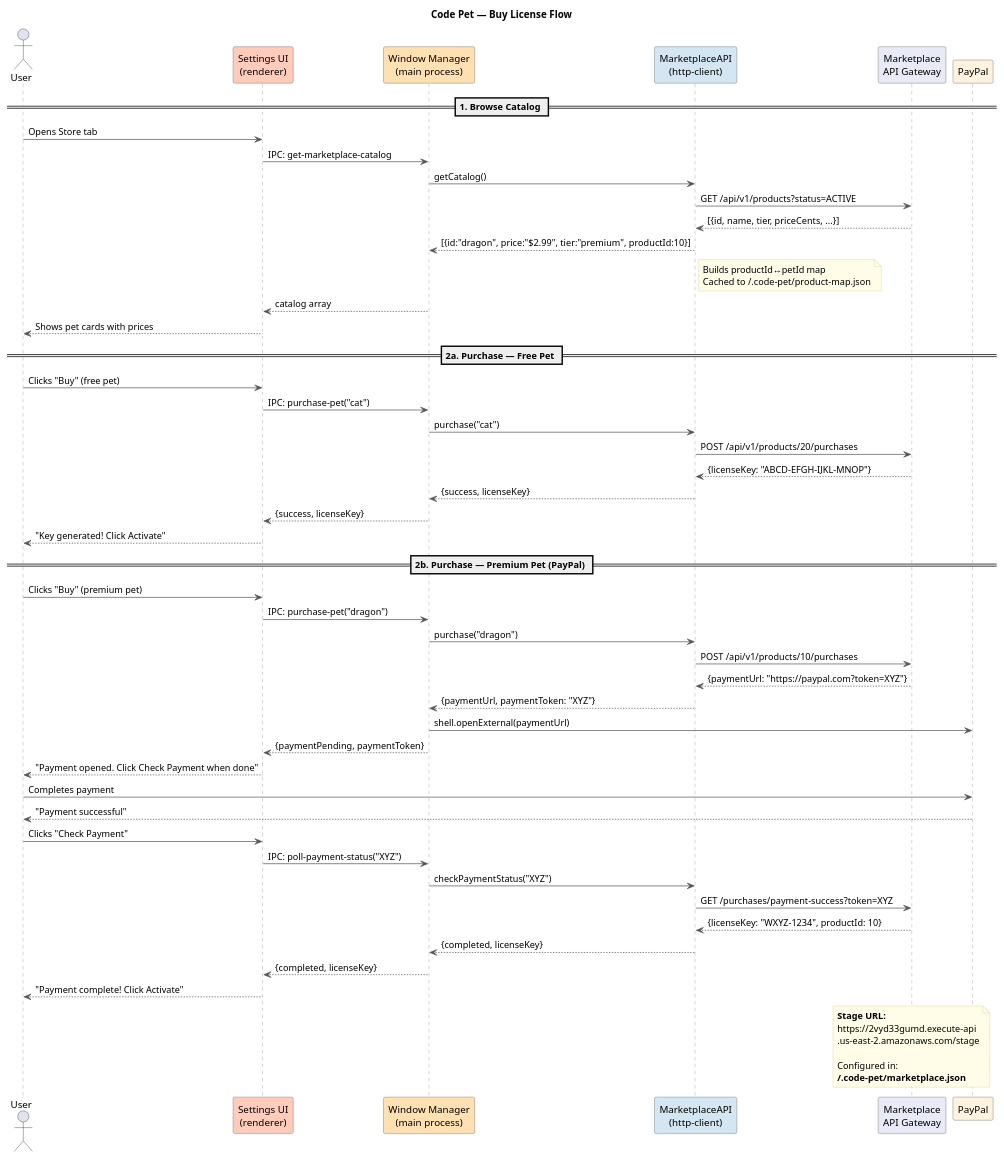
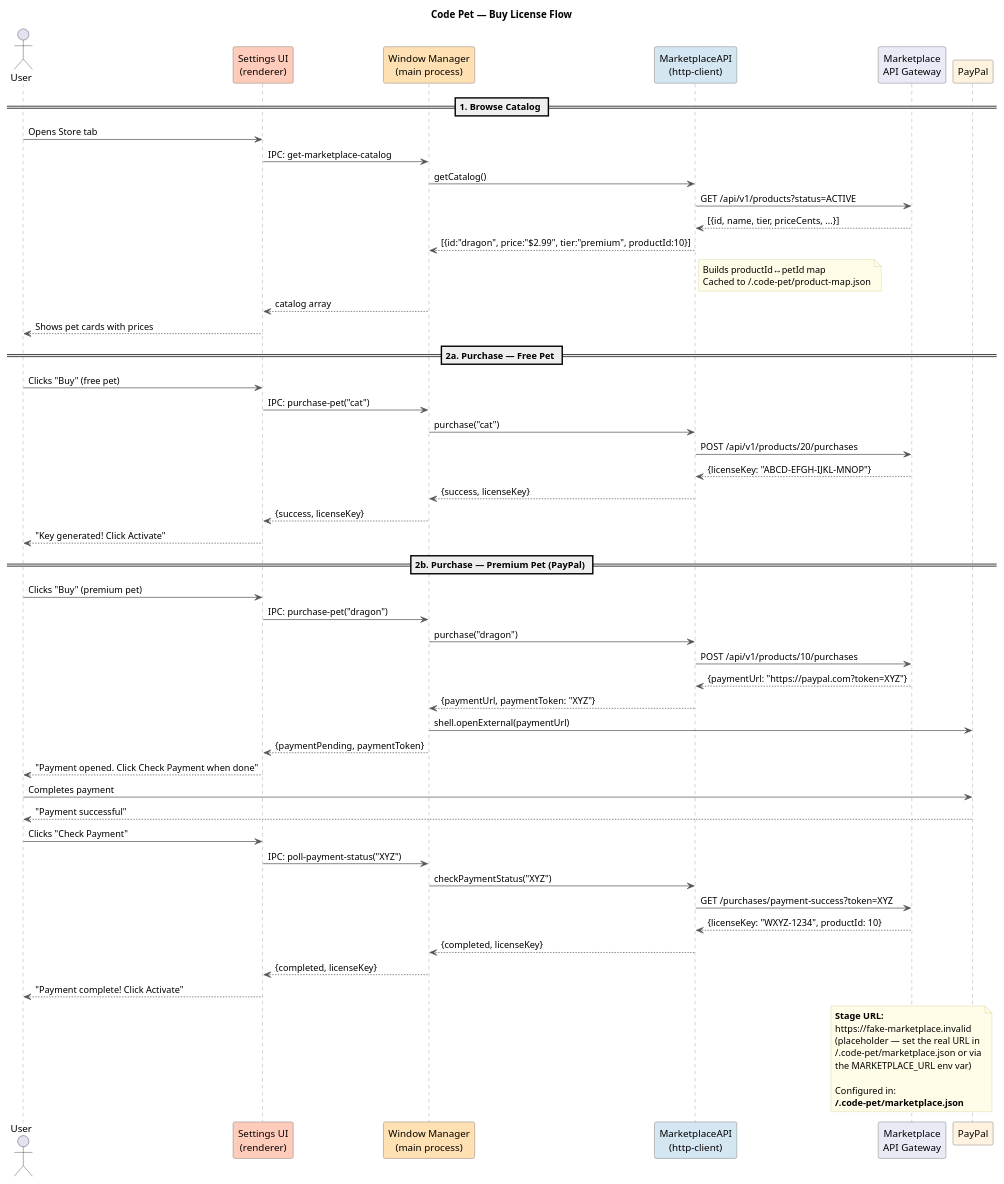
Before and after one commit to mradovic95/code-pet: the diagram in docs/buy-license-flow.puml, drawn with PlantUML. The commit also changed 5 other files, not shown here.

```diff
--- a/docs/buy-license-flow.puml
+++ b/docs/buy-license-flow.puml
@@ -1,78 +1,80 @@
 @startuml buy-license-flow
 title Code Pet — Buy License Flow
 
 skinparam sequence {
   ArrowColor #555555
   LifeLineBorderColor #888888
   ParticipantBackgroundColor #FAFAFA
   ParticipantBorderColor #555555
 }
 skinparam note {
   BackgroundColor #FFFDE7
   BorderColor #CCCC88
 }
 
 actor User as user
 participant "Settings UI\n(renderer)" as ui #FFCCBC
 participant "Window Manager\n(main process)" as wm #FFE0B2
 participant "MarketplaceAPI\n(http-client)" as api #D4E6F1
 participant "Marketplace\nAPI Gateway" as gw #E8EAF6
 participant PayPal as paypal #FFF3E0
 
 == 1. Browse Catalog ==
 
 user -> ui : Opens Store tab
 ui -> wm : IPC: get-marketplace-catalog
 wm -> api : getCatalog()
 api -> gw : GET /api/v1/products?status=ACTIVE
 gw --> api : [{id, name, tier, priceCents, ...}]
 api --> wm : [{id:"dragon", price:"$2.99", tier:"premium", productId:10}]
 note right of api : Builds productId↔petId map\nCached to ~/.code-pet/product-map.json
 wm --> ui : catalog array
 ui --> user : Shows pet cards with prices
 
 == 2a. Purchase — Free Pet ==
 
 user -> ui : Clicks "Buy" (free pet)
 ui -> wm : IPC: purchase-pet("cat")
 wm -> api : purchase("cat")
 api -> gw : POST /api/v1/products/20/purchases
 gw --> api : {licenseKey: "ABCD-EFGH-IJKL-MNOP"}
 api --> wm : {success, licenseKey}
 wm --> ui : {success, licenseKey}
 ui --> user : "Key generated! Click Activate"
 
 == 2b. Purchase — Premium Pet (PayPal) ==
 
 user -> ui : Clicks "Buy" (premium pet)
 ui -> wm : IPC: purchase-pet("dragon")
 wm -> api : purchase("dragon")
 api -> gw : POST /api/v1/products/10/purchases
 gw --> api : {paymentUrl: "https://paypal.com?token=XYZ"}
 api --> wm : {paymentUrl, paymentToken: "XYZ"}
 wm -> paypal : shell.openExternal(paymentUrl)
 wm --> ui : {paymentPending, paymentToken}
 ui --> user : "Payment opened. Click Check Payment when done"
 
 user -> paypal : Completes payment
 paypal --> user : "Payment successful"
 
 user -> ui : Clicks "Check Payment"
 ui -> wm : IPC: poll-payment-status("XYZ")
 wm -> api : checkPaymentStatus("XYZ")
 api -> gw : GET /purchases/payment-success?token=XYZ
 gw --> api : {licenseKey: "WXYZ-1234", productId: 10}
 api --> wm : {completed, licenseKey}
 wm --> ui : {completed, licenseKey}
 ui --> user : "Payment complete! Click Activate"
 
 note over gw
   **Stage URL:**
-  https://2vyd33gumd.execute-api
-  .us-east-2.amazonaws.com/stage
+  https://fake-marketplace.invalid
+  (placeholder — set the real URL in
+  ~/.code-pet/marketplace.json or via
+  the MARKETPLACE_URL env var)
 
   Configured in:
   **~/.code-pet/marketplace.json**
 end note
 
 @enduml
```
